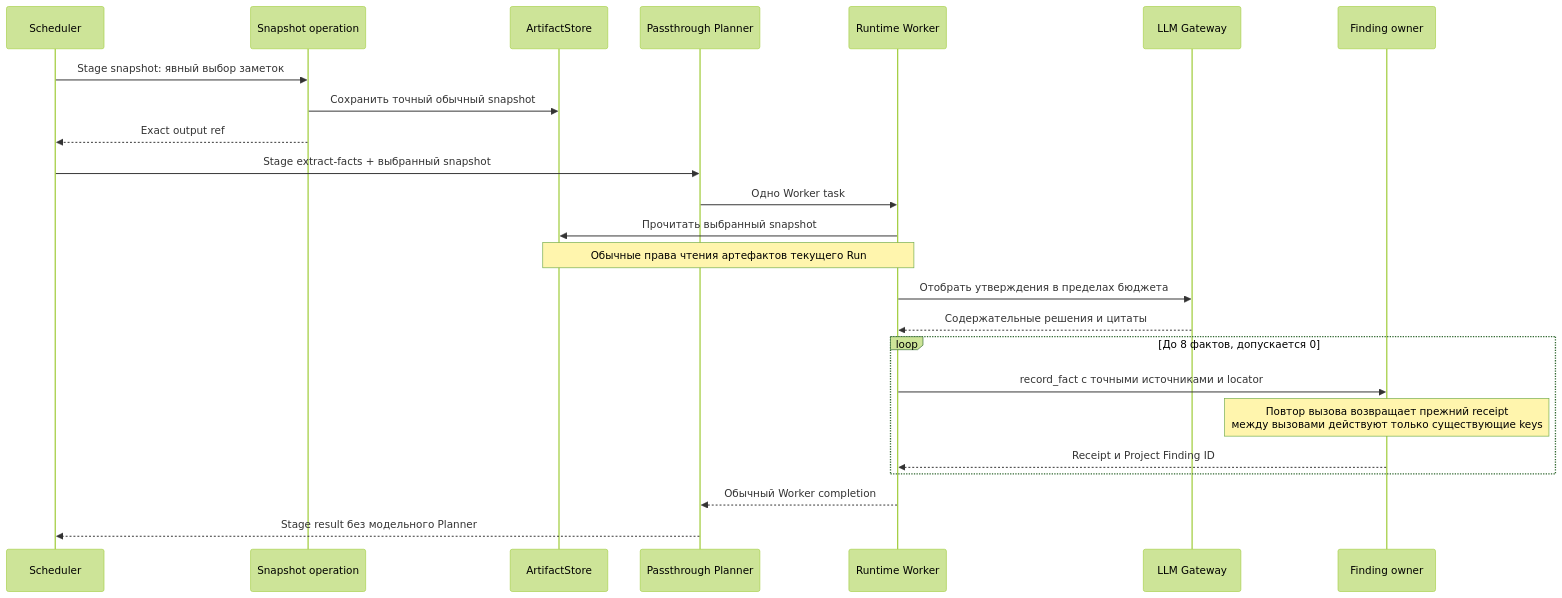
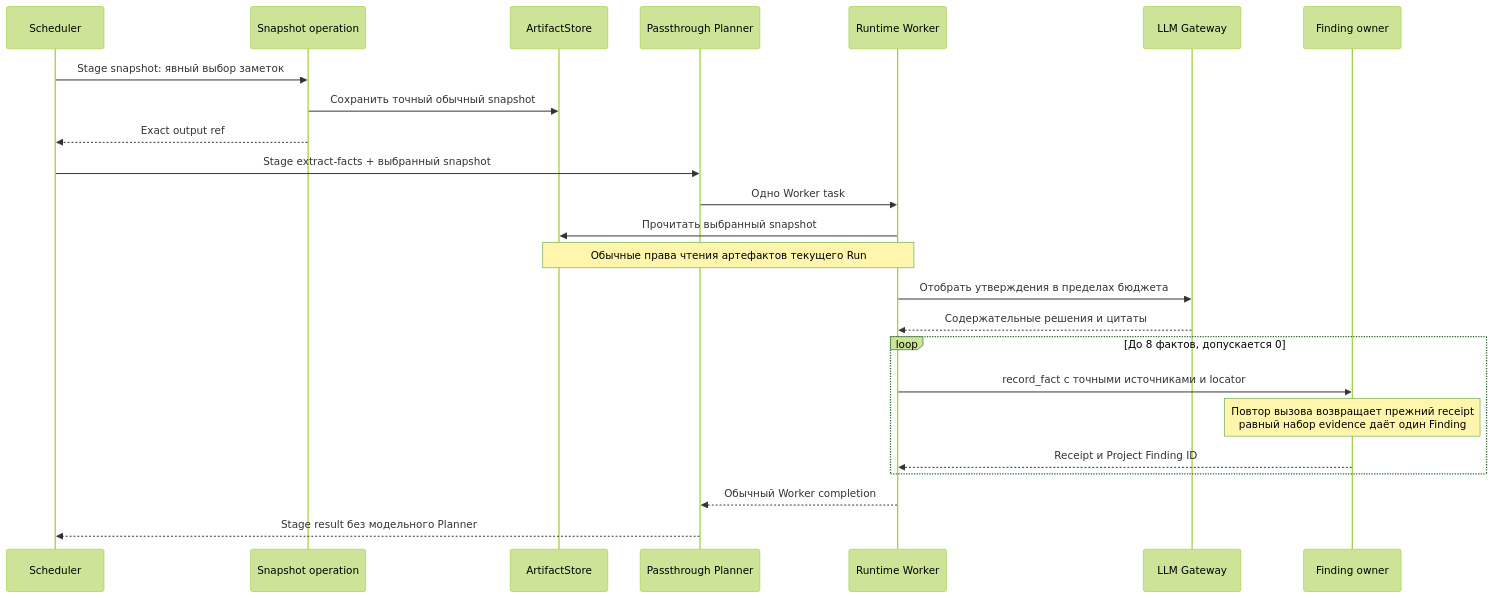
Before and after one commit to grauwolf32/contractor: the fourth of 6 diagrams in docs/proposals/0055-project-facts-through-findings.md, drawn with Mermaid (forest theme). The commit also changed other lines of this file and 8 other files, not shown here.

````diff
--- a/docs/proposals/0055-project-facts-through-findings.md
+++ b/docs/proposals/0055-project-facts-through-findings.md
@@ -183,26 +183,26 @@
 ```mermaid
 sequenceDiagram
     participant S as Scheduler
     participant O as Snapshot operation
     participant A as ArtifactStore
     participant P as Passthrough Planner
     participant W as Runtime Worker
     participant L as LLM Gateway
     participant F as Finding owner
     S->>O: Stage snapshot: явный выбор заметок
     O->>A: Сохранить точный обычный snapshot
     O-->>S: Exact output ref
     S->>P: Stage extract-facts + выбранный snapshot
     P->>W: Одно Worker task
     W->>A: Прочитать выбранный snapshot
     Note over W,A: Обычные права чтения артефактов текущего Run
     W->>L: Отобрать утверждения в пределах бюджета
     L-->>W: Содержательные решения и цитаты
     loop До 8 фактов, допускается 0
         W->>F: record_fact с точными источниками и locator
-        Note over F: Повтор вызова возвращает прежний receipt<br/>между вызовами действуют только существующие keys
+        Note over F: Повтор вызова возвращает прежний receipt<br/>равный набор evidence даёт один Finding
         F-->>W: Receipt и Project Finding ID
     end
     W-->>P: Обычный Worker completion
     P-->>S: Stage result без модельного Planner
 ```
````
